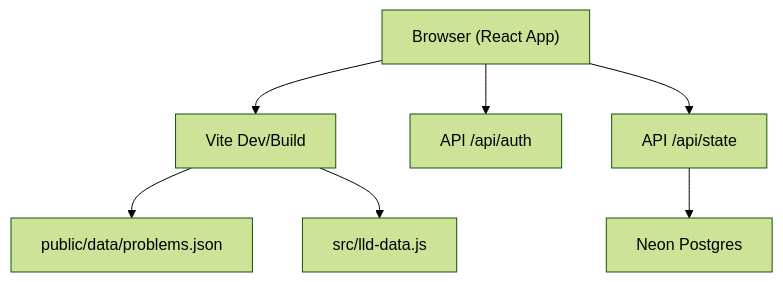
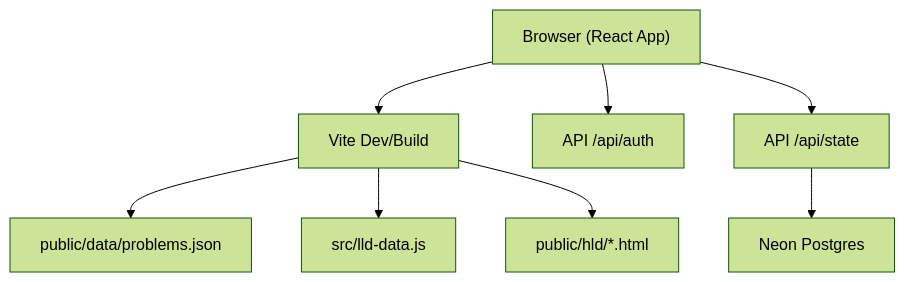
Before and after one commit to iamrituraj/DSA-Tracker: the first of 9 diagrams in .qoder/repowiki/en/content/Frontend Application/Application Architecture.md, drawn with Mermaid (forest theme). The commit also changed other lines of this file and 5 other files, not shown here.

````diff
--- a/.qoder/repowiki/en/content/Frontend Application/Application Architecture.md
+++ b/.qoder/repowiki/en/content/Frontend Application/Application Architecture.md
@@ -41,16 +44,18 @@
 ```mermaid
 graph TB
 Client["Browser (React App)"]
 Vite["Vite Dev/Build"]
 Problems["public/data/problems.json"]
 LLDContent["src/lld-data.js"]
+HLDContent["public/hld/*.html"]
 API_Auth["API /api/auth"]
 API_State["API /api/state"]
 DB["Neon Postgres"]
 Client --> Vite
 Vite --> Problems
 Vite --> LLDContent
+Vite --> HLDContent
 Client --> API_Auth
 Client --> API_State
 API_State --> DB
 ```
````
